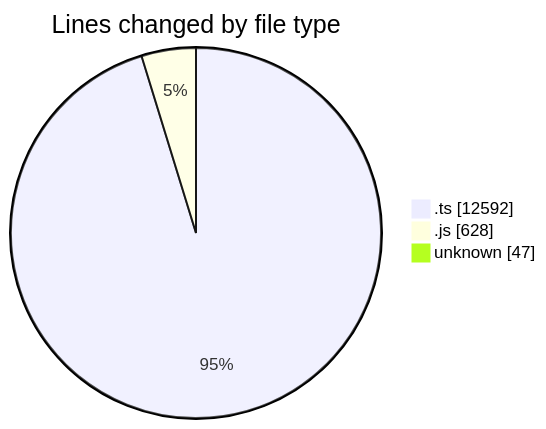
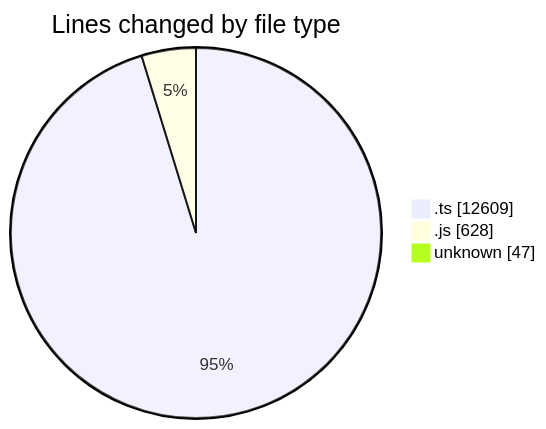
The first of 2 diagrams in 2025-09-05/cda/README.md (momahboobian/code-tracking), drawn with Mermaid before and after one commit. The commit also changed other lines of this file and 1 other file, not shown here.

````diff
--- a/2025-09-05/cda/README.md
+++ b/2025-09-05/cda/README.md
@@ -25,7 +25,7 @@
 ```mermaid
 pie showData
 title Lines changed by file type
-".ts" : 12592
+".ts" : 12609
 ".js" : 628
 "unknown" : 47
 ```
````
